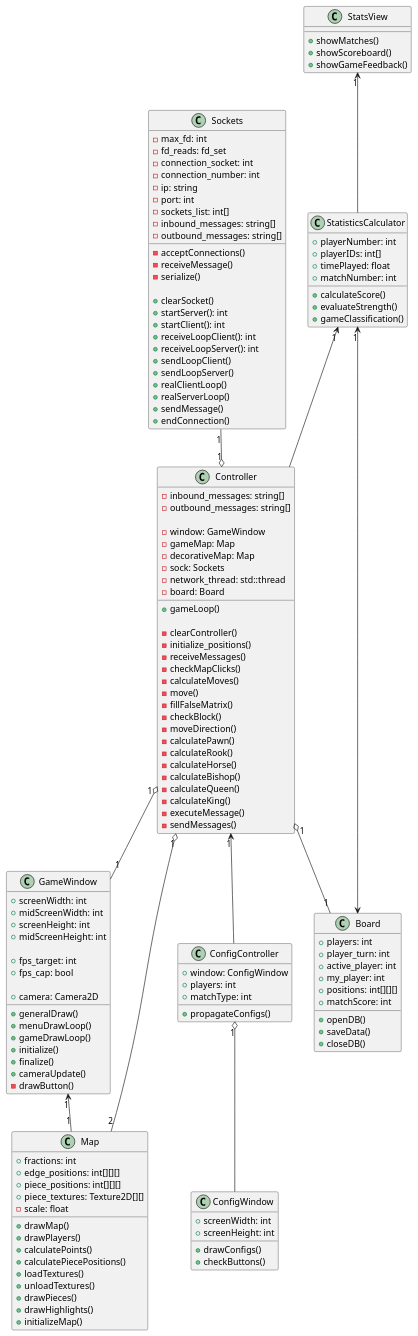
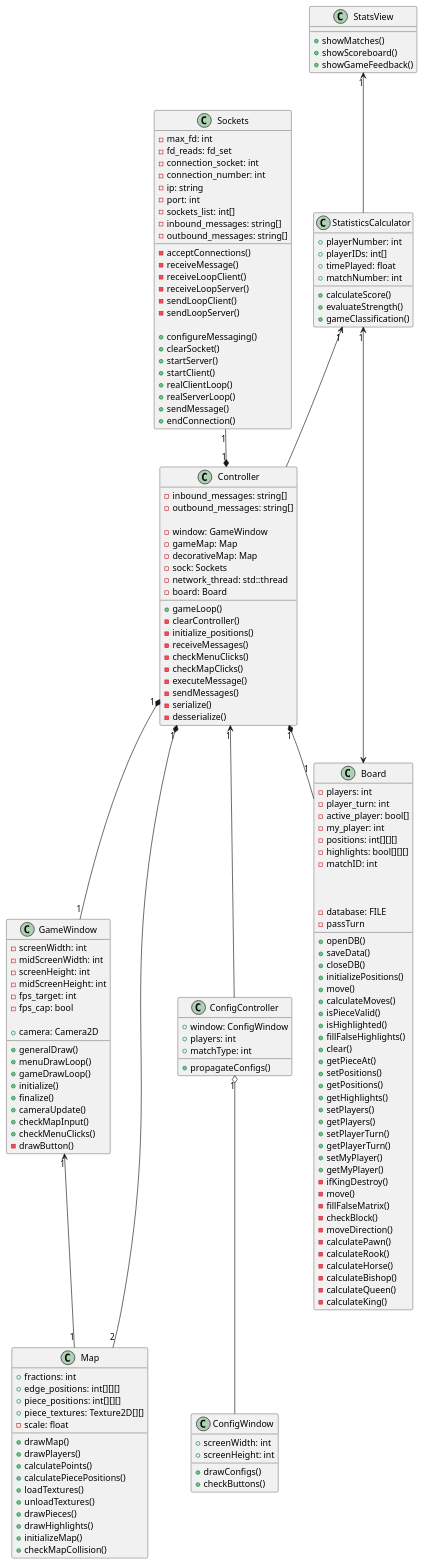
The diagram in diagramaClasses.puml (luana-hartmann/SSC0621), drawn with PlantUML before and after one commit. The commit also changed 3 other files, not shown here.

Commit message:
new diagrams

```diff
--- a/diagramaClasses.puml
+++ b/diagramaClasses.puml
@@ -1,155 +1,182 @@
 @startuml
 class GameWindow {
-  + screenWidth: int
-  + midScreenWidth: int
-  + screenHeight: int
-  + midScreenHeight: int
-
-  + fps_target: int
-  + fps_cap: bool
+  - screenWidth: int
+  - midScreenWidth: int
+  - screenHeight: int
+  - midScreenHeight: int
+  - fps_target: int
+  - fps_cap: bool
 
   + camera: Camera2D
 
   + generalDraw()
   + menuDrawLoop()
   + gameDrawLoop()
   + initialize()
   + finalize()
   + cameraUpdate()
+  + checkMapInput()
+  + checkMenuClicks()
     
   - drawButton()
 
 }
 
 class Map {
   + fractions: int
   + edge_positions: int[][][]
   + piece_positions: int[][][]
   + piece_textures: Texture2D[][]
   - scale: float
 
   + drawMap()
   + drawPlayers()
   + calculatePoints()
   + calculatePiecePositions()
   + loadTextures()
   + unloadTextures()
   + drawPieces()
   + drawHighlights()
   + initializeMap()
+  + checkMapCollision()
 }
 
 class Sockets {
   - max_fd: int
   - fd_reads: fd_set
   - connection_socket: int
   - connection_number: int
   - ip: string
   - port: int
   - sockets_list: int[]
   - inbound_messages: string[]
   - outbound_messages: string[]
 
   - acceptConnections()
   - receiveMessage()
-  - serialize()
+  - receiveLoopClient()
+  - receiveLoopServer()
+  - sendLoopClient()
+  - sendLoopServer()
 
+  + configureMessaging()
   + clearSocket()
-  + startServer(): int
-  + startClient(): int
-  + receiveLoopClient(): int
-  + receiveLoopServer(): int
-  + sendLoopClient()
-  + sendLoopServer()
+  + startServer()
+  + startClient()
   + realClientLoop()
   + realServerLoop()
   + sendMessage()
   + endConnection()
 }
 
 class Controller {
   - inbound_messages: string[]
   - outbound_messages: string[]
 
   - window: GameWindow
   - gameMap: Map
   - decorativeMap: Map
   - sock: Sockets
   - network_thread: std::thread
   - board: Board
 
   + gameLoop()
-
   - clearController()
   - initialize_positions()
   - receiveMessages()
+  - checkMenuClicks()
   - checkMapClicks()
-  - calculateMoves()
+  - executeMessage()
+  - sendMessages()
+  - serialize()
+  - desserialize()
+}
+
+class Board {
+  - players: int
+  - player_turn: int
+  - active_player: bool[]
+  - my_player: int
+  - positions: int[][][]
+  - highlights: bool[][][]
+  - matchID: int
+
+  + openDB()
+  + saveData()
+  + closeDB()
+  + initializePositions()
+  + move()
+  + calculateMoves()
+  + isPieceValid()
+  + isHighlighted()
+  + fillFalseHighlights()
+  + clear()
+  + getPieceAt()
+  + setPositions()
+  + getPositions()
+  + getHighlights()
+  + setPlayers()
+  + getPlayers()
+  + setPlayerTurn()
+  + getPlayerTurn()
+  + setMyPlayer()
+  + getMyPlayer()
+
+  
+  - database: FILE
+  - ifKingDestroy()
+  - passTurn
   - move()
   - fillFalseMatrix()
   - checkBlock()
   - moveDirection()
   - calculatePawn()
   - calculateRook()
   - calculateHorse()
   - calculateBishop()
   - calculateQueen()
   - calculateKing()
-  - executeMessage()
-  - sendMessages()
-}
-
-class Board {
-  + players: int
-  + player_turn: int
-  + active_player: int
-  + my_player: int
-  + positions: int[][][]
-  + matchScore: int
-  + openDB()
-  + saveData()
-  + closeDB()
 }
 
 
 class StatisticsCalculator {
   + playerNumber: int
   + playerIDs: int[]
   + timePlayed: float
   + matchNumber: int
   + calculateScore()
   + evaluateStrength()
   + gameClassification()
 }
 
 class StatsView {
   + showMatches()
   + showScoreboard()
   + showGameFeedback()
 }
 
 class ConfigWindow{
   + screenWidth: int
   + screenHeight: int
   + drawConfigs()
   + checkButtons()
 }
 
 class ConfigController {
   + window: ConfigWindow
   + players: int
   + matchType: int
   + propagateConfigs()
 }
 
-Controller "1" o-- "2" Map
-Sockets "1" --o "1" Controller
-Controller "1" o-- "1" Board
-Controller "1" o-- "1" GameWindow
+Controller "1" *-- "2" Map
+Sockets "1" --* "1" Controller
+Controller "1" *-- "1" Board
+Controller "1" *-- "1" GameWindow
 GameWindow "1" <-- "1" Map
 StatisticsCalculator "1" <-- Controller
 StatisticsCalculator "1" <--> Board
 StatsView "1" <-- StatisticsCalculator
 Controller "1" <-- ConfigController
 ConfigController "1" o-- ConfigWindow
 @enduml
```
